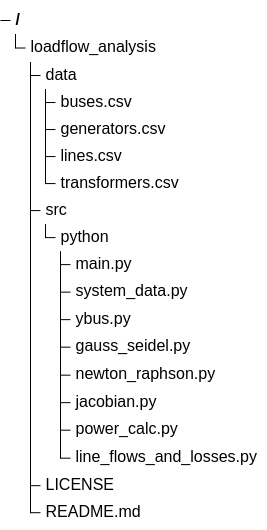
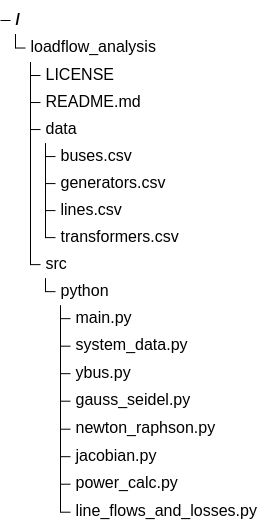
The diagram in README.md (sai-power-systems/loadflow-analysis-toolkit), drawn with Mermaid before and after one commit. The commit also changed other lines of this file, not shown here.

````diff
--- a/README.md
+++ b/README.md
@@ -23,22 +23,22 @@
 ```mermaid
 
 treeView-beta
   "loadflow_analysis"
+    "LICENSE"
+    "README.md"
     "data"
       "buses.csv"
       "generators.csv"
       "lines.csv"
       "transformers.csv"
     "src"
       "python"
         "main.py"
         "system_data.py"
         "ybus.py"
         "gauss_seidel.py"
         "newton_raphson.py"
         "jacobian.py"
         "power_calc.py"
         "line_flows_and_losses.py"
-    "LICENSE"
-    "README.md"
 ```
````
